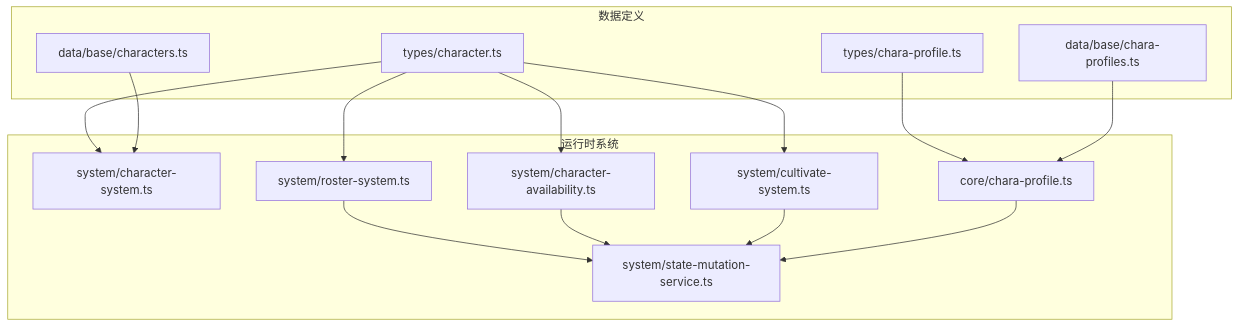
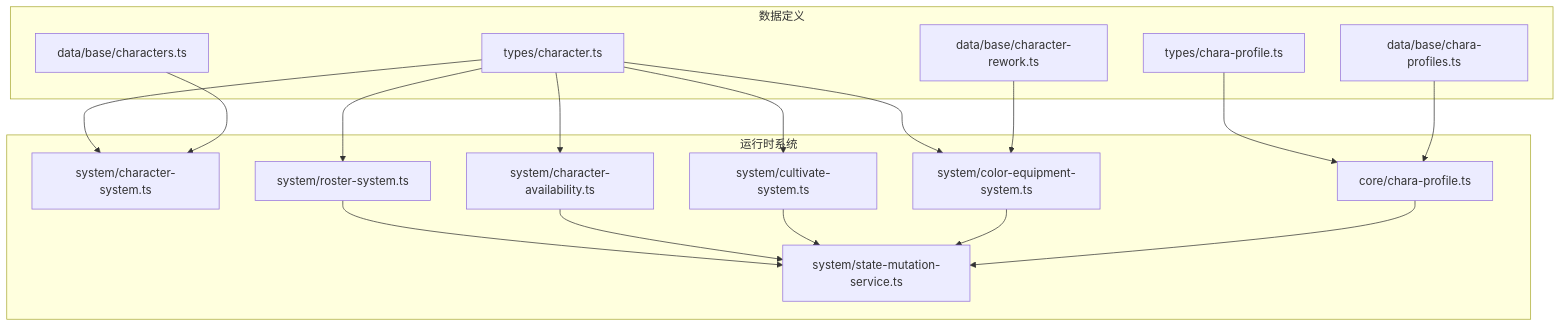
Before and after one commit to EsiLA9/Arona-Clicker: the first of 10 diagrams in .qoder/repowiki/zh/content/游戏系统/角色系统.md, drawn with Mermaid. The commit also changed other lines of this file and 76 other files, not shown here.

````diff
--- a/.qoder/repowiki/zh/content/游戏系统/角色系统.md
+++ b/.qoder/repowiki/zh/content/游戏系统/角色系统.md
@@ -46,28 +56,33 @@
 ```mermaid
 graph TB
 subgraph "数据定义"
 T1["types/character.ts"]
 T2["types/chara-profile.ts"]
 D1["data/base/characters.ts"]
 D2["data/base/chara-profiles.ts"]
+D3["data/base/character-rework.ts"]
 end
 subgraph "运行时系统"
 S1["system/character-system.ts"]
 S2["system/roster-system.ts"]
 S3["system/character-availability.ts"]
 S4["system/cultivate-system.ts"]
+S5["system/color-equipment-system.ts"]
 C1["core/chara-profile.ts"]
 M1["system/state-mutation-service.ts"]
 end
 T1 --> S1
 T1 --> S2
 T1 --> S3
 T1 --> S4
+T1 --> S5
 T2 --> C1
 D1 --> S1
 D2 --> C1
+D3 --> S5
 S2 --> M1
 S3 --> M1
 S4 --> M1
+S5 --> M1
 C1 --> M1
 ```
````
